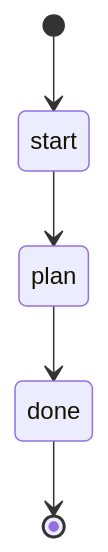
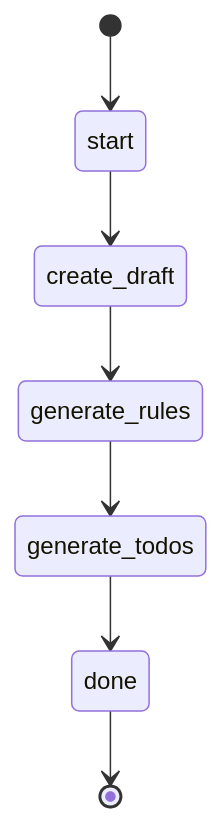
The diagram in builtin/workflows/plan.md (swissarmyhammer/swissarmyhammer), drawn with Mermaid before and after one commit. The commit also changed other lines of this file and 5 other files, not shown here.

````diff
--- a/builtin/workflows/plan.md
+++ b/builtin/workflows/plan.md
@@ -25,7 +25,9 @@
 ```mermaid
 stateDiagram-v2
     [*] --> start
-    start --> plan
-    plan --> done
+    start --> create_draft
+    create_draft --> generate_rules
+    generate_rules --> generate_todos
+    generate_todos --> done
     done --> [*]
 ```
````
